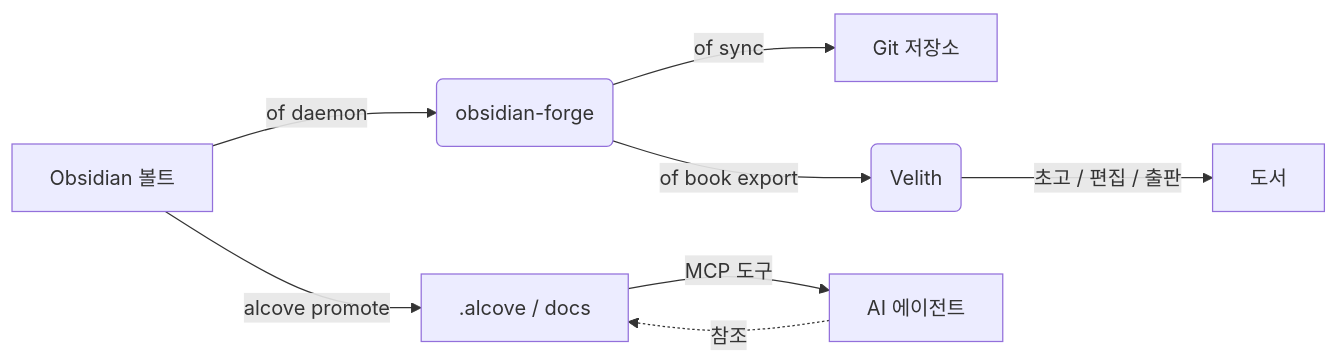
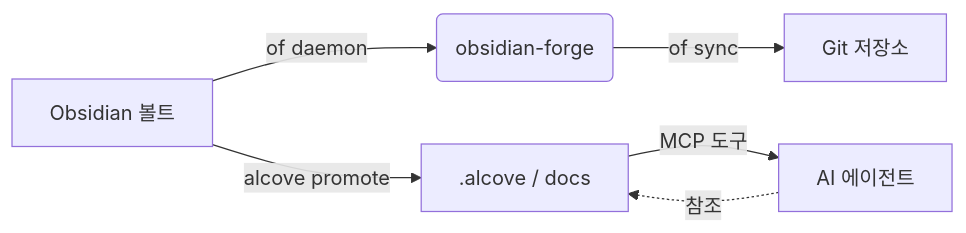
The diagram in docs/README_ko.md (epicsagas/obsidian-forge), drawn with Mermaid before and after one commit. The commit also changed other lines of this file and 13 other files, not shown here.

````diff
--- a/docs/README_ko.md
+++ b/docs/README_ko.md
@@ -397,10 +351,8 @@
 ```mermaid
 graph LR
     A[Obsidian 볼트] -->|of daemon| B(obsidian-forge)
     B -->|of sync| C[Git 저장소]
     A -->|alcove promote| D[.alcove / docs]
     D -->|MCP 도구| E[AI 에이전트]
     E -.->|참조| D
-    B -->|of book export| F(Velith)
-    F -->|초고 / 편집 / 출판| G[도서]
 ```
````
